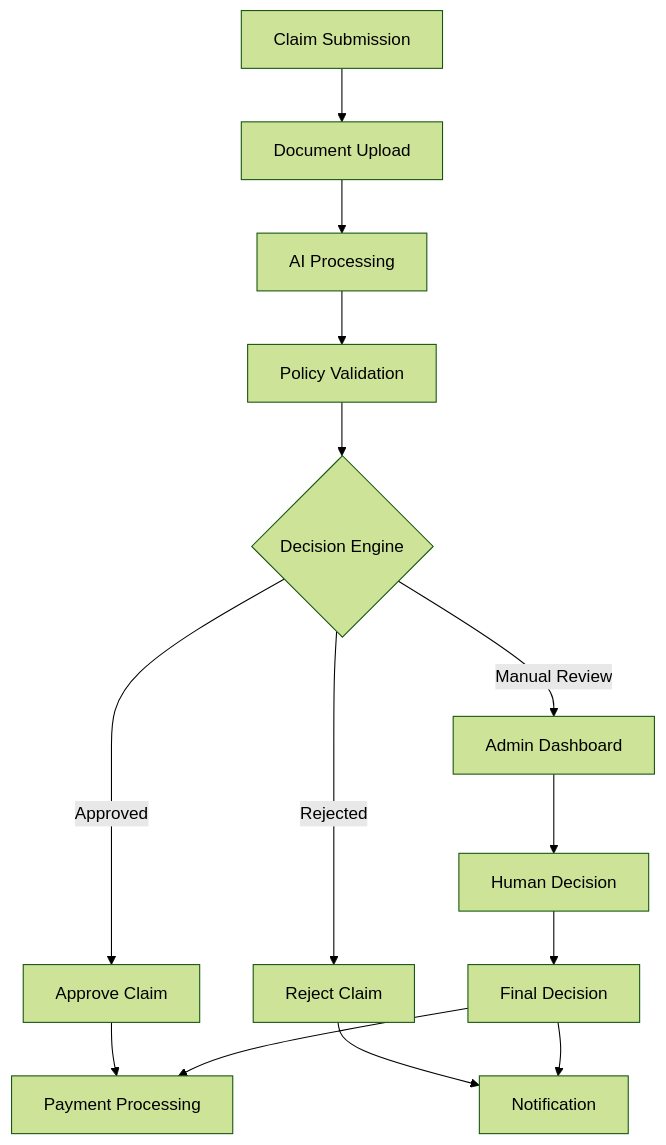
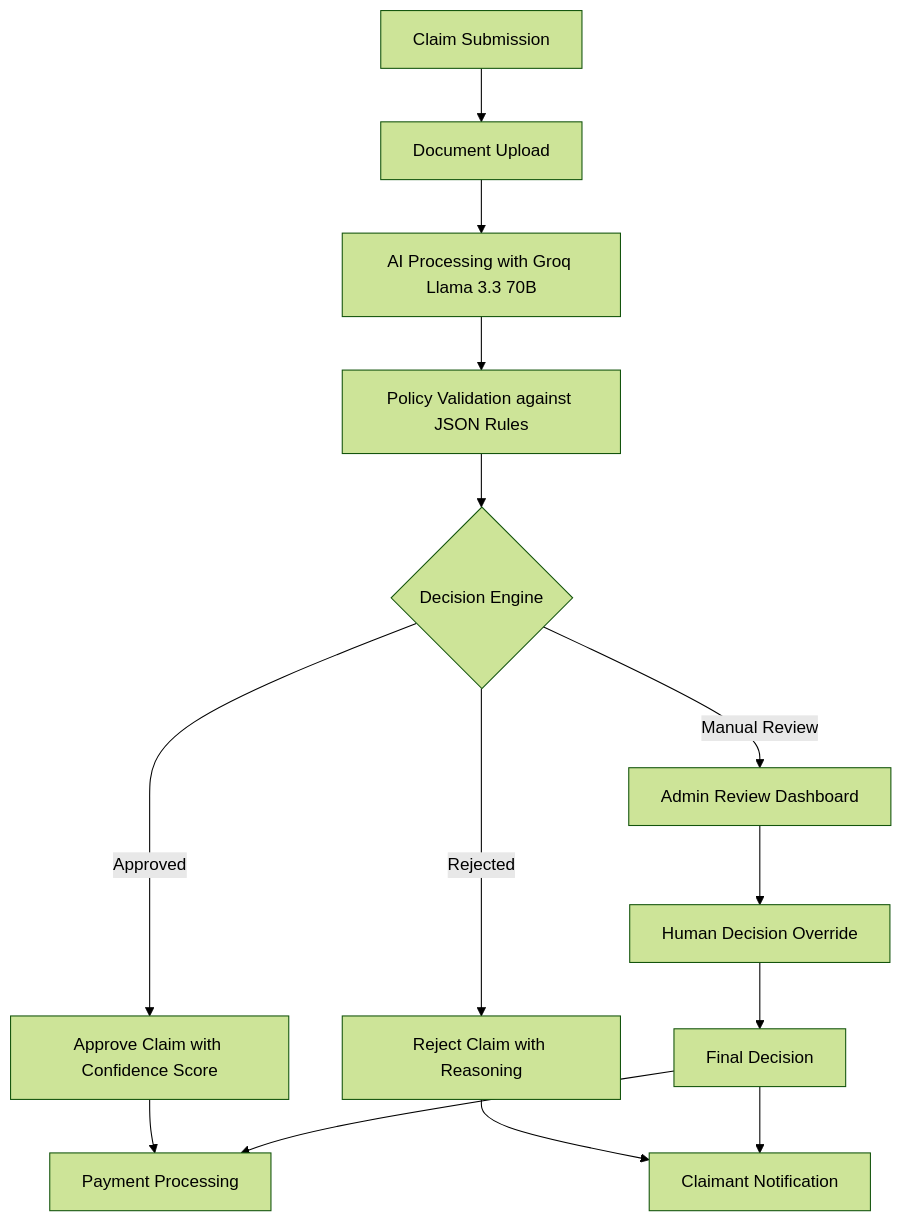
Before and after one commit to NARAsimha654/claim-adjudicator-ai: the first of 5 diagrams in README.md, drawn with Mermaid (forest theme). The commit also changed other lines of this file, not shown here.

Commit message:
Update README.md with project-specific details and Mermaid.js diagrams

````diff
--- a/README.md
+++ b/README.md
@@ -16,16 +15,16 @@
 ```mermaid
 graph TD
     A[Claim Submission] --> B[Document Upload]
-    B --> C[AI Processing]
-    C --> D[Policy Validation]
+    B --> C[AI Processing with Groq Llama 3.3 70B]
+    C --> D[Policy Validation against JSON Rules]
     D --> E{Decision Engine}
-    E -->|Approved| F[Approve Claim]
-    E -->|Rejected| G[Reject Claim]
-    E -->|Manual Review| H[Admin Dashboard]
-    H --> I[Human Decision]
+    E -->|Approved| F[Approve Claim with Confidence Score]
+    E -->|Rejected| G[Reject Claim with Reasoning]
+    E -->|Manual Review| H[Admin Review Dashboard]
+    H --> I[Human Decision Override]
     I --> J[Final Decision]
     F --> K[Payment Processing]
-    G --> L[Notification]
+    G --> L[Claimant Notification]
     J --> K
     J --> L
 ```
````
